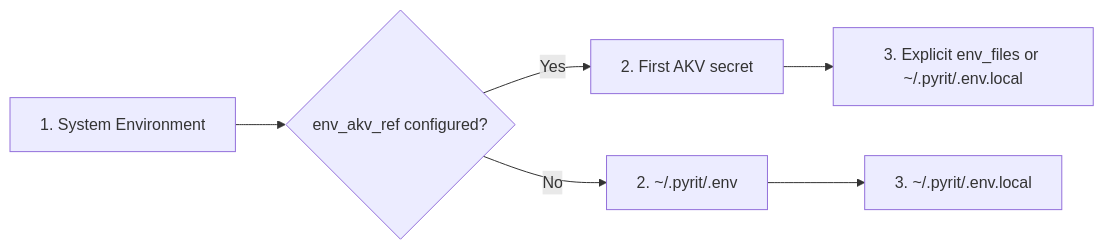
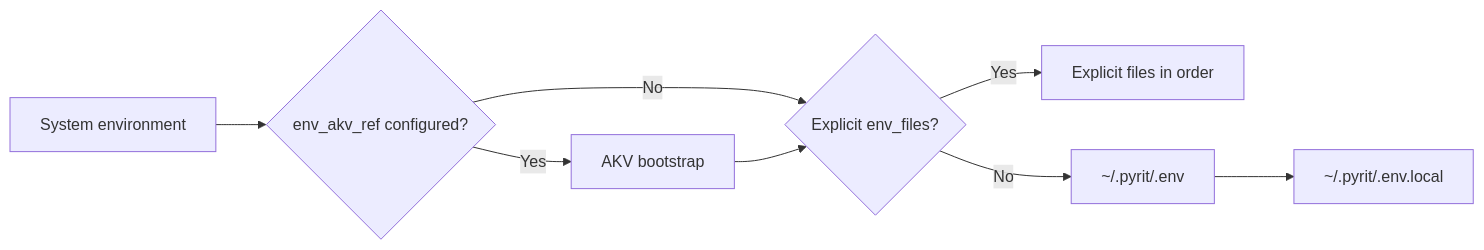
The first of 2 diagrams in doc/getting_started/pyrit_conf.md (microsoft/PyRIT), drawn with Mermaid before and after one commit. The commit also changed other lines of this file and 8 other files, not shown here.

Commit message:
FEAT: Refactored precedence order and simplified environment variable resolution

````diff
--- a/doc/getting_started/pyrit_conf.md
+++ b/doc/getting_started/pyrit_conf.md
@@ -33,8 +33,10 @@
 ```{mermaid}
 flowchart LR
-  A["1. System Environment"] --> B{"env_akv_ref configured?"}
-  B -->|Yes| C["2. First AKV secret"]
-  B -->|No| D["2. ~/.pyrit/.env"]
-  C --> E["3. Explicit env_files or ~/.pyrit/.env.local"]
-  D --> F["3. ~/.pyrit/.env.local"]
+  A["System environment"] --> B{"env_akv_ref configured?"}
+  B -->|Yes| C["AKV bootstrap"]
+  B -->|No| D{"Explicit env_files?"}
+  C --> D
+  D -->|Yes| E["Explicit files in order"]
+  D -->|No| F["~/.pyrit/.env"]
+  F --> G["~/.pyrit/.env.local"]
 ```
````
